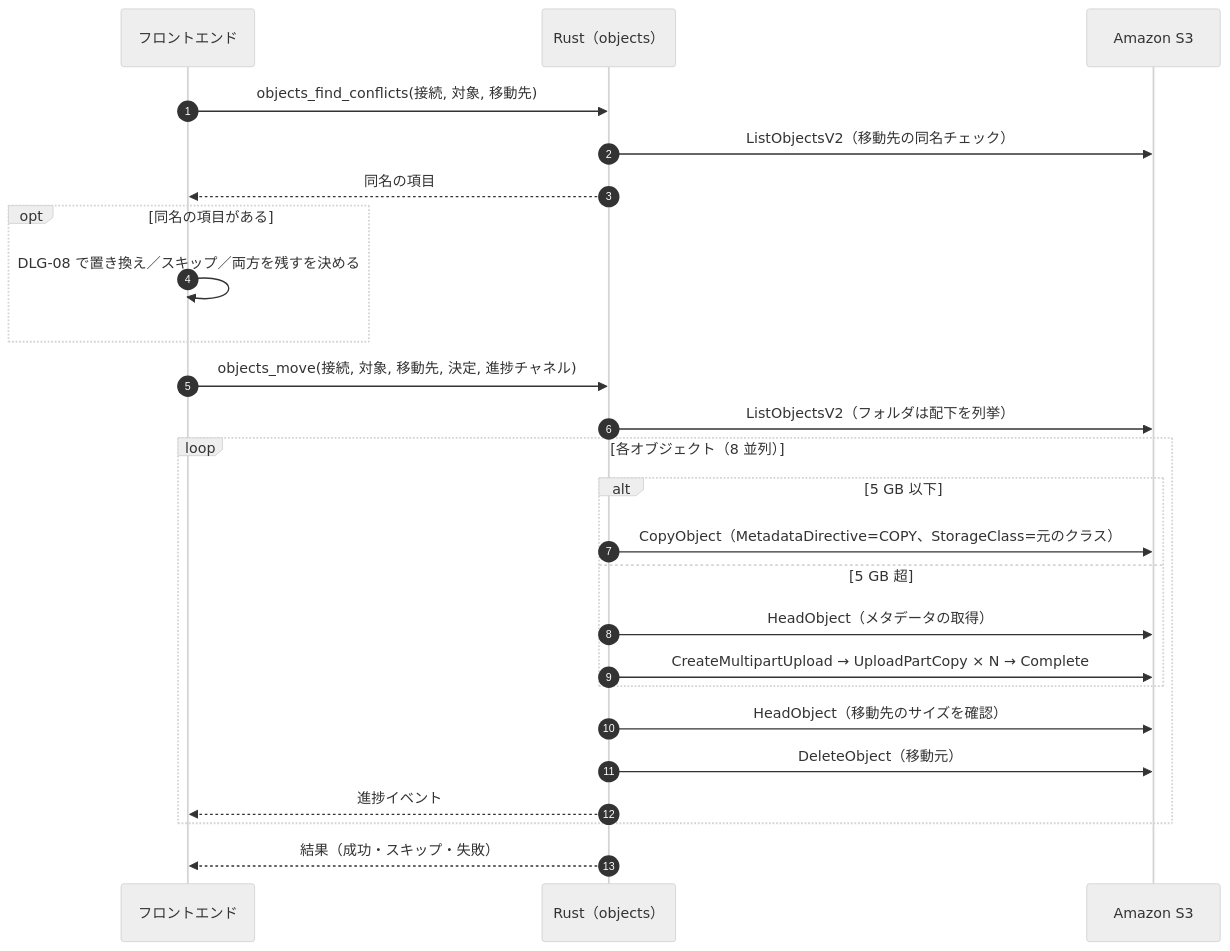
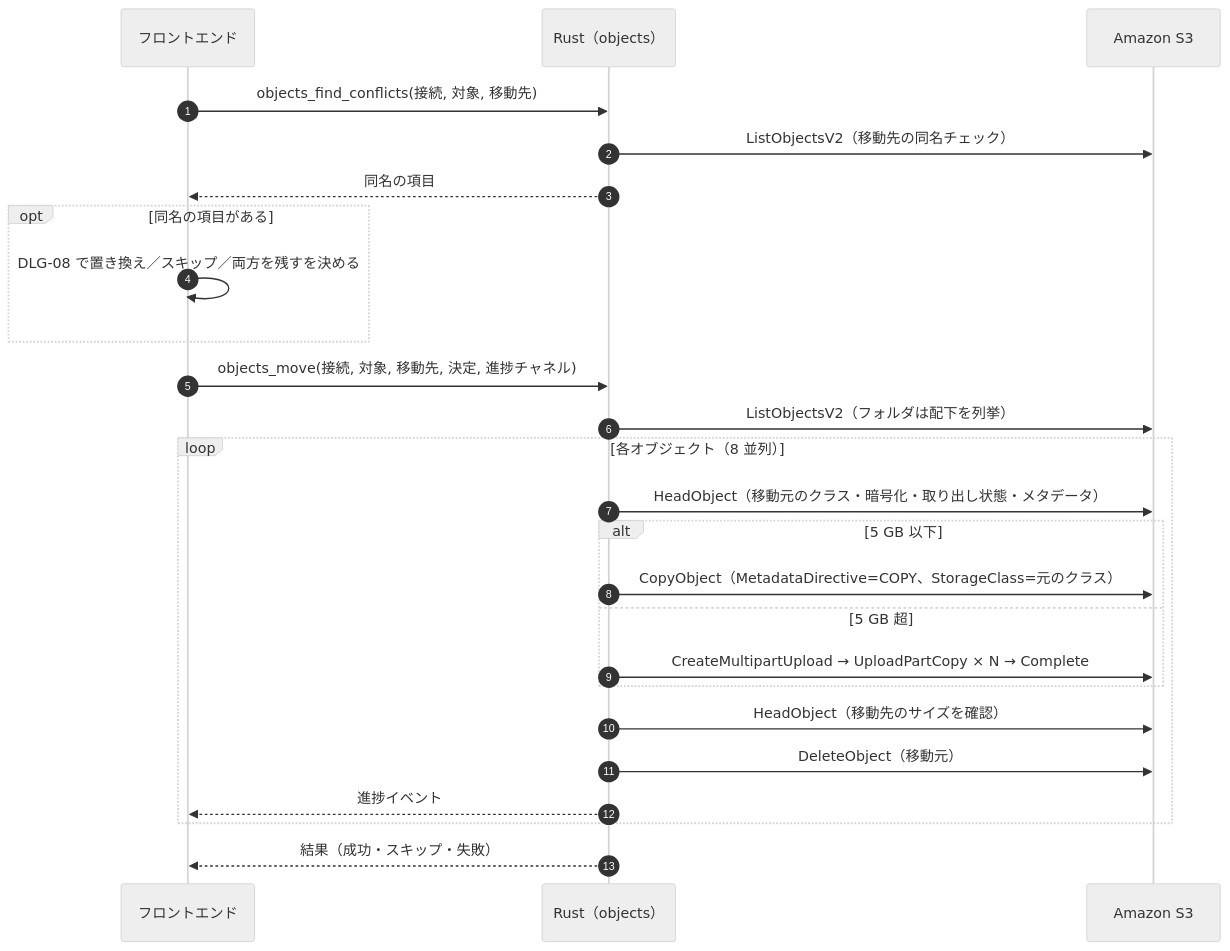
Before and after one commit to Sh1gekicks/s3driveapp: the fourth of 6 diagrams in docs/design/04-features.md, drawn with Mermaid (neutral theme). The commit also changed other lines of this file and 28 other files, not shown here.

````diff
--- a/docs/design/04-features.md
+++ b/docs/design/04-features.md
@@ -330,27 +330,27 @@
 ```mermaid
 sequenceDiagram
   autonumber
   participant UI as フロントエンド
   participant RS as Rust（objects）
   participant S3 as Amazon S3
   UI->>RS: objects_find_conflicts(接続, 対象, 移動先)
   RS->>S3: ListObjectsV2（移動先の同名チェック）
   RS-->>UI: 同名の項目
   opt 同名の項目がある
     UI->>UI: DLG-08 で置き換え／スキップ／両方を残すを決める
   end
   UI->>RS: objects_move(接続, 対象, 移動先, 決定, 進捗チャネル)
   RS->>S3: ListObjectsV2（フォルダは配下を列挙）
   loop 各オブジェクト（8 並列）
+    RS->>S3: HeadObject（移動元のクラス・暗号化・取り出し状態・メタデータ）
     alt 5 GB 以下
       RS->>S3: CopyObject（MetadataDirective=COPY、StorageClass=元のクラス）
     else 5 GB 超
-      RS->>S3: HeadObject（メタデータの取得）
       RS->>S3: CreateMultipartUpload → UploadPartCopy × N → Complete
     end
     RS->>S3: HeadObject（移動先のサイズを確認）
     RS->>S3: DeleteObject（移動元）
     RS-->>UI: 進捗イベント
   end
   RS-->>UI: 結果（成功・スキップ・失敗）
 ```
````
